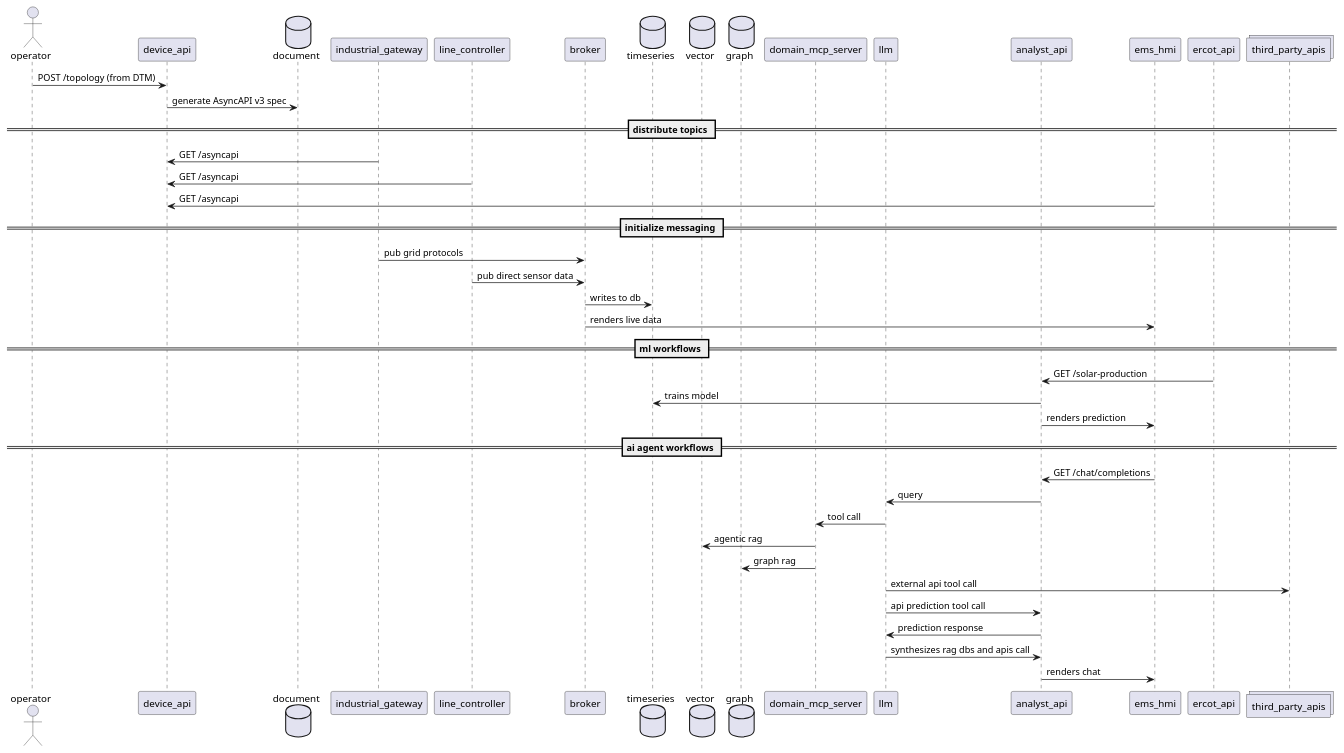
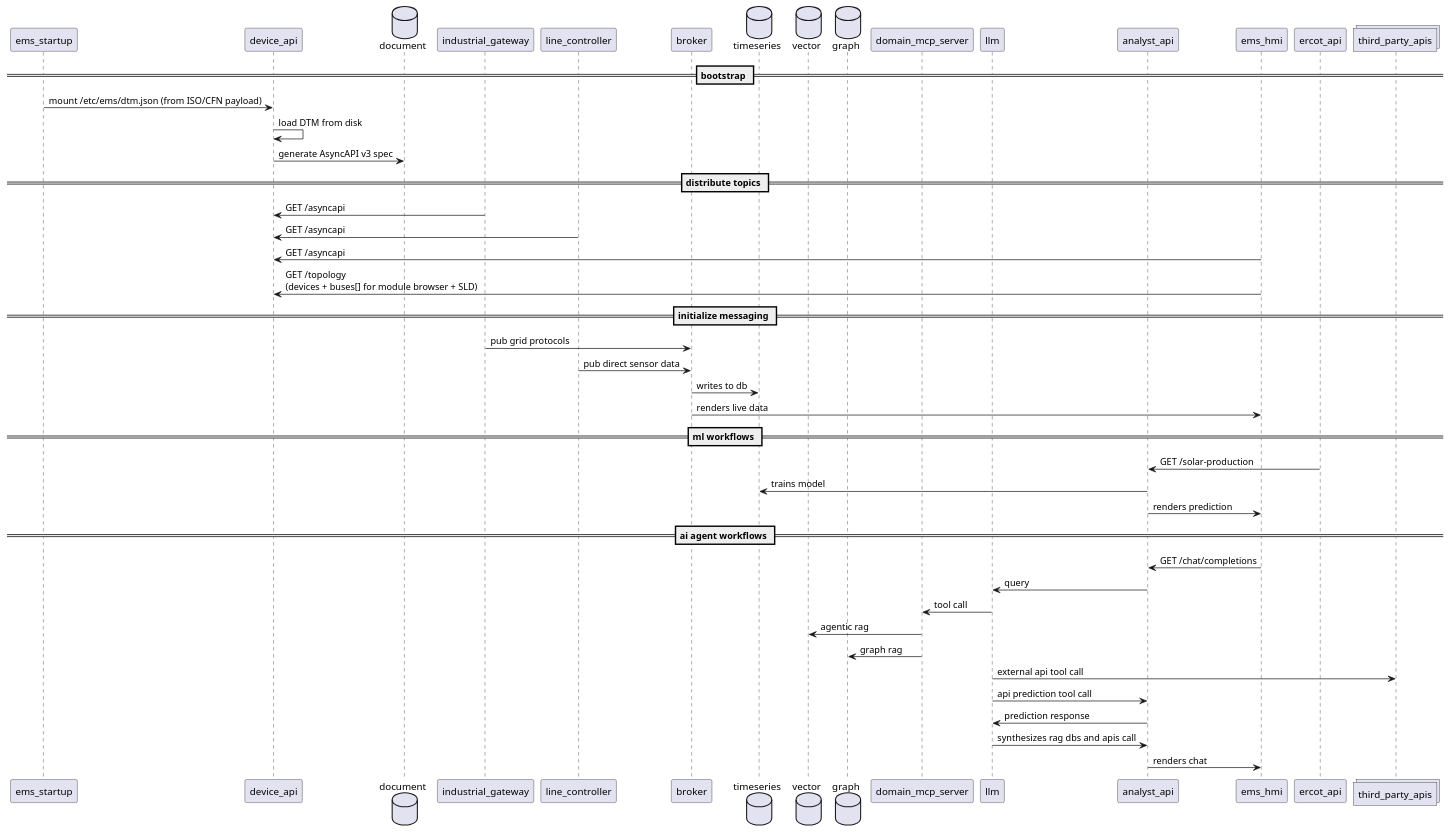
Before and after one commit to arcnode-io/ems: the second of 6 diagrams in readme.md, drawn with PlantUML. The commit also changed other lines of this file and 6 other files, not shown here.

````diff
--- a/readme.md
+++ b/readme.md
@@ -65,43 +71,46 @@
 ```plantuml
-actor operator
+participant ems_startup
 participant device_api
 database document
 participant industrial_gateway
 participant line_controller
 participant broker
 database timeseries
 database vector
 database graph
 participant domain_mcp_server
 participant llm
 participant analyst_api
 participant ems_hmi
 participant ercot_api
 collections third_party_apis
-operator -> device_api: POST /topology (from DTM)
+== bootstrap ==
+ems_startup -> device_api: mount /etc/ems/dtm.json (from ISO/CFN payload)
+device_api -> device_api: load DTM from disk
 device_api -> document: generate AsyncAPI v3 spec
 == distribute topics ==
 industrial_gateway -> device_api: GET /asyncapi
 line_controller -> device_api: GET /asyncapi
 ems_hmi -> device_api: GET /asyncapi
+ems_hmi -> device_api: GET /topology\n(devices + buses[] for module browser + SLD)
 ==  initialize messaging ==
 industrial_gateway -> broker: pub grid protocols
 line_controller -> broker: pub direct sensor data
 broker -> timeseries: writes to db
 broker -> ems_hmi: renders live data
 == ml workflows ==
 ercot_api -> analyst_api: GET /solar-production
 timeseries <- analyst_api: trains model
 analyst_api -> ems_hmi: renders prediction
 == ai agent workflows ==
 ems_hmi -> analyst_api: GET /chat/completions  
 analyst_api -> llm: query
 llm -> domain_mcp_server: tool call
 domain_mcp_server -> vector: agentic rag
 domain_mcp_server -> graph: graph rag
 llm -> third_party_apis: external api tool call
 llm -> analyst_api: api prediction tool call
 analyst_api -> llm: prediction response
 llm -> analyst_api: synthesizes rag dbs and apis call
 analyst_api -> ems_hmi: renders chat
 ```
````
